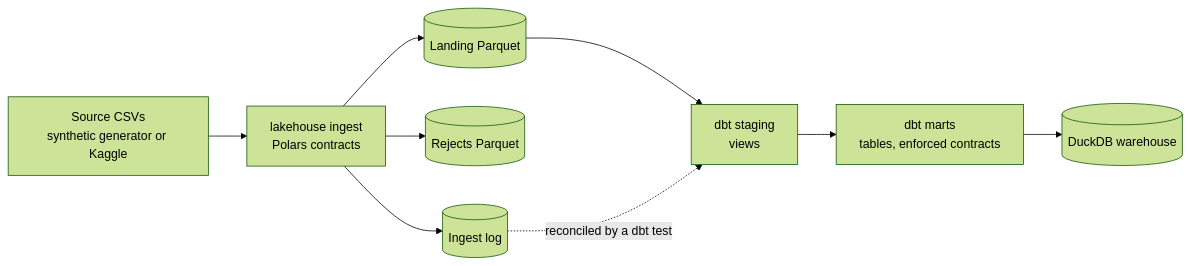
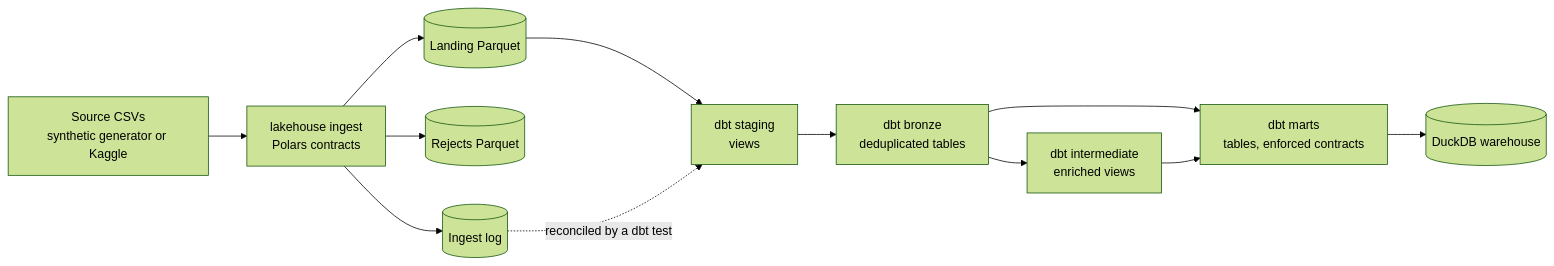
The diagram in README.md (emanuel-luis/de-lakehouse-pipeline), drawn with Mermaid (forest theme) before and after one commit. The commit also changed other lines of this file and 4 other files, not shown here.

````diff
--- a/README.md
+++ b/README.md
@@ -21,11 +21,14 @@
 ```mermaid
 flowchart LR
   A["Source CSVs<br/>synthetic generator or Kaggle"] --> B["lakehouse ingest<br/>Polars contracts"]
   B --> C[("Landing Parquet")]
   B --> D[("Rejects Parquet")]
   B --> E[("Ingest log")]
   C --> F["dbt staging<br/>views"]
   E -. reconciled by a dbt test .-> F
-  F --> G["dbt marts<br/>tables, enforced contracts"]
-  G --> H[("DuckDB warehouse")]
+  F --> G["dbt bronze<br/>deduplicated tables"]
+  G --> I["dbt intermediate<br/>enriched views"]
+  G --> J["dbt marts<br/>tables, enforced contracts"]
+  I --> J
+  J --> H[("DuckDB warehouse")]
 ```
````
